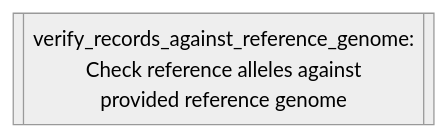
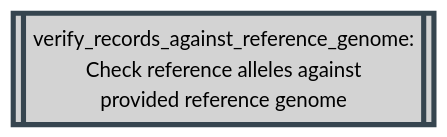
The ninth of 22 diagrams in docs/02-workflow/02-methodology-summary.md (Tuks-ICMM/Pharmacogenetic-Analysis-Pipeline), drawn with Mermaid (neutral theme) before and after one commit. The commit also changed other lines of this file, not shown here.

````diff
--- a/docs/02-workflow/02-methodology-summary.md
+++ b/docs/02-workflow/02-methodology-summary.md
@@ -522,4 +557,8 @@
   ```mermaid
   flowchart TD
+    classDef plink stroke:#36454F,fill:#D3D3D3,stroke-width:4px,color:black;
+
     verify_records_against_reference_genome[[verify_records_against_reference_genome:\nCheck reference alleles against\nprovided reference genome]]
+
+    class verify_records_against_reference_genome plink;
   ```
````
